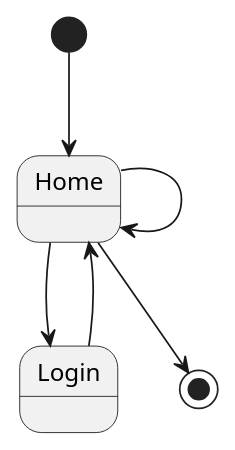
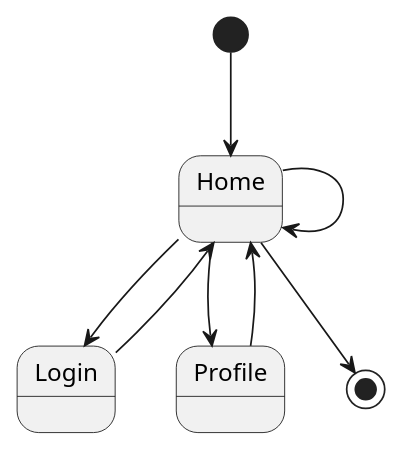
The diagram in example/shared/app.puml (inmotionsoftware/FlowKit), drawn with PlantUML before and after one commit. The commit also changed 10 other files, not shown here.

```diff
--- a/example/shared/app.puml
+++ b/example/shared/app.puml
@@ -1,10 +1,13 @@
 @startuml
 
 [*] --> Home
 Home --> Login
 Home --> Home
 
+Home --> Profile
+Profile --> Home
+
 Login --> Home
 Home --> [*]
 
 @enduml
```
